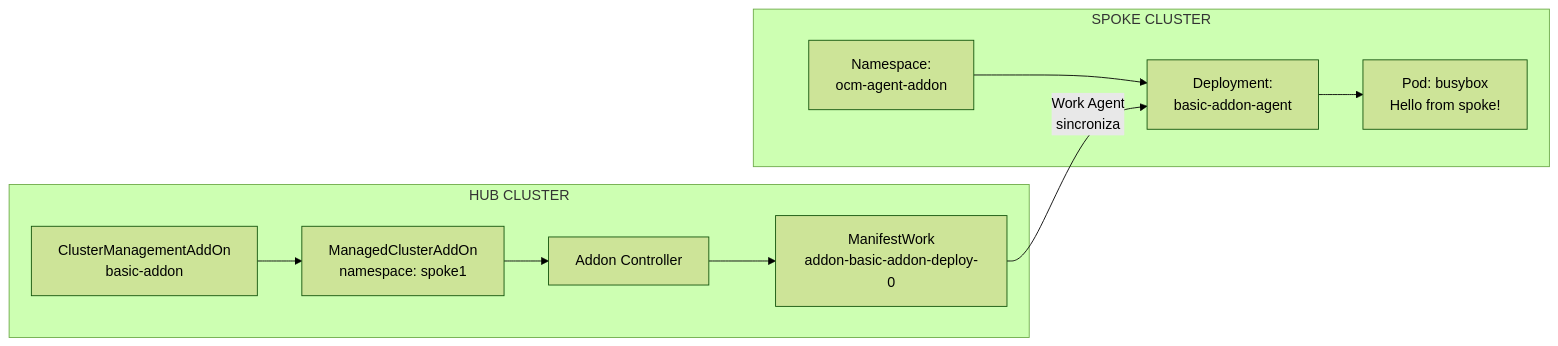
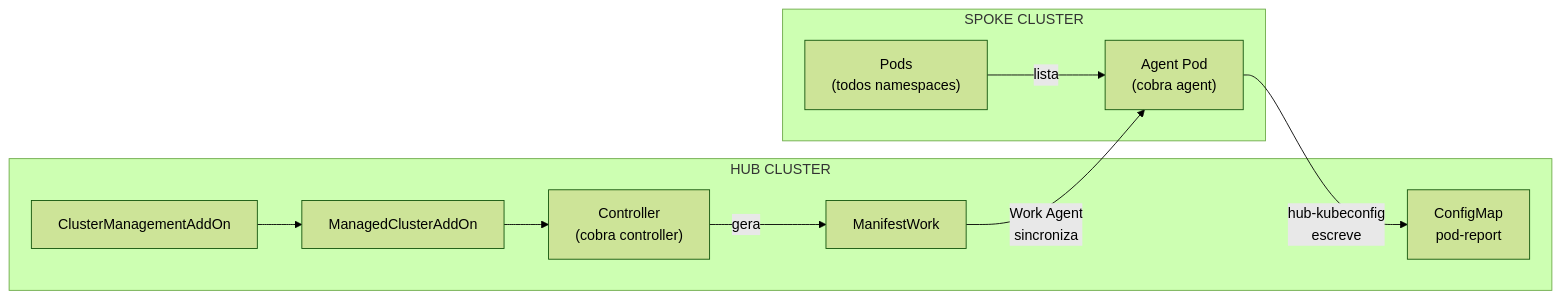
One commit to wguilherme/ocm-addon-basic changed the diagram in README.md. Above: the diagram before and after it, drawn with Mermaid (forest theme). The commit also changed other lines of this file and 21 other files, not shown here.

Commit message:
feat: adiciona componente básico para extração de total de pods + timestamp, integra hub->spoke, implementa padrão ocm, implementa addon-framework, adiciona comandos de troubleshooting, adiciona estratégia de placement, adiciona rbac/deployments

````diff
--- a/README.md
+++ b/README.md
@@ -158,24 +188,24 @@
 ```mermaid
 flowchart LR
     subgraph HUB["HUB CLUSTER"]
-        CMA["ClusterManagementAddOn<br/>basic-addon"]
-        MCA["ManagedClusterAddOn<br/>namespace: spoke1"]
-        AC["Addon Controller"]
-        MW["ManifestWork<br/>addon-basic-addon-deploy-0"]
+        CMA["ClusterManagementAddOn"]
+        MCA["ManagedClusterAddOn"]
+        CTRL["Controller<br/>(cobra controller)"]
+        MW["ManifestWork"]
+        CM["ConfigMap<br/>pod-report"]
 
         CMA --> MCA
-        MCA --> AC
-        AC --> MW
+        MCA --> CTRL
+        CTRL -->|"gera"| MW
     end
 
     subgraph SPOKE["SPOKE CLUSTER"]
-        NS["Namespace:<br/>ocm-agent-addon"]
-        DEP["Deployment:<br/>basic-addon-agent"]
-        POD["Pod: busybox<br/>Hello from spoke!"]
+        AGENT["Agent Pod<br/>(cobra agent)"]
+        PODS["Pods<br/>(todos namespaces)"]
 
-        NS --> DEP
-        DEP --> POD
+        PODS -->|"lista"| AGENT
     end
 
-    MW -->|"Work Agent<br/>sincroniza"| DEP
+    MW -->|"Work Agent<br/>sincroniza"| AGENT
+    AGENT -->|"hub-kubeconfig<br/>escreve"| CM
 ```
````
